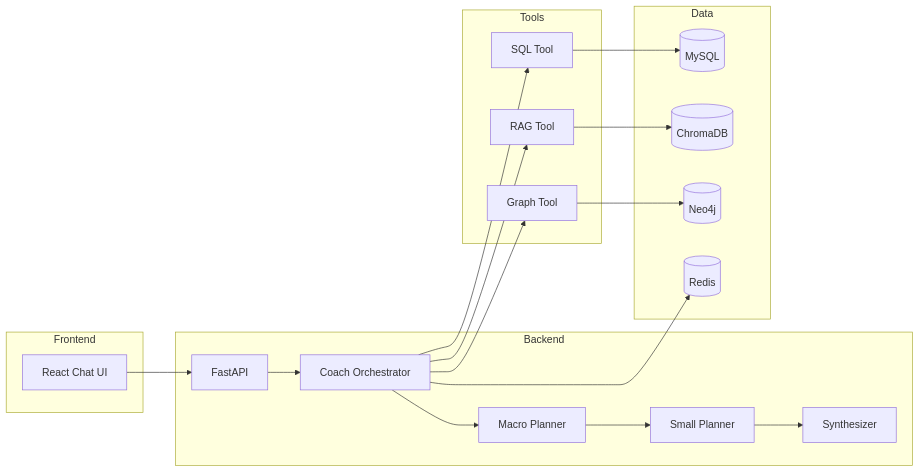
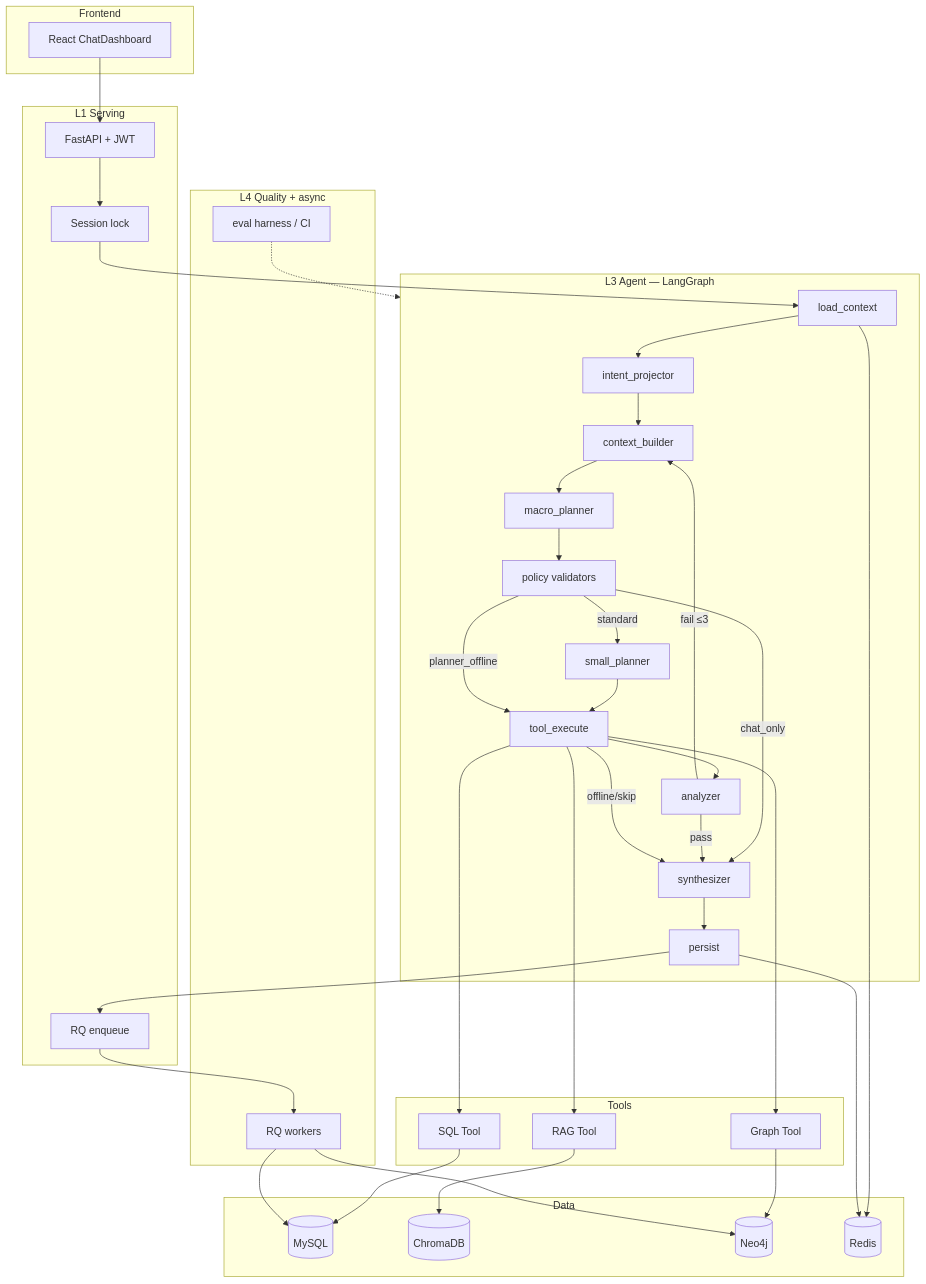
One commit to zhe0328/coach-agent changed the diagram in README.md. Above: the diagram before and after it, drawn with Mermaid. The commit also changed other lines of this file and 8 other files, not shown here.

First line of the commit message:
Feature/serving harness (#12)

````diff
--- a/README.md
+++ b/README.md
@@ -33,35 +48,64 @@
 ```mermaid
-flowchart LR
+flowchart TB
     subgraph Frontend
-        UI[React Chat UI]
+        UI[React ChatDashboard]
     end
 
-    subgraph Backend
-        API[FastAPI]
-        ORCH[Coach Orchestrator]
-        MP[Macro Planner]
-        SP[Small Planner]
-        SYN[Synthesizer]
-        ORCH --> MP --> SP
-        SP --> SYN
+    subgraph L1["L1 Serving"]
+        API[FastAPI + JWT]
+        LOCK[Session lock]
+        RQ[RQ enqueue]
+    end
+
+    subgraph L3["L3 Agent — LangGraph"]
+        LC[load_context]
+        IP[intent_projector]
+        CB[context_builder]
+        MP[macro_planner]
+        PV[policy validators]
+        SP[small_planner]
+        TE[tool_execute]
+        AN[analyzer]
+        SY[synthesizer]
+        PE[persist]
+
+        LC --> IP --> CB --> MP --> PV
+        PV -->|chat_only| SY
+        PV -->|standard| SP --> TE
+        PV -->|planner_offline| TE
+        TE --> AN
+        AN -->|pass| SY
+        AN -->|fail ≤3| CB
+        TE -->|offline/skip| SY
+        SY --> PE
     end
 
     subgraph Tools
         SQL[SQL Tool]
         RAG[RAG Tool]
         GRAPH[Graph Tool]
     end
 
     subgraph Data
         MYSQL[(MySQL)]
         CHROMA[(ChromaDB)]
         NEO4J[(Neo4j)]
         REDIS[(Redis)]
     end
 
-    UI --> API --> ORCH
-    ORCH --> SQL --> MYSQL
-    ORCH --> RAG --> CHROMA
-    ORCH --> GRAPH --> NEO4J
-    ORCH --> REDIS
+    subgraph L4["L4 Quality + async"]
+        EVAL[eval harness / CI]
+        WORKER[RQ workers]
+    end
+
+    UI --> API --> LOCK --> LC
+    TE --> SQL --> MYSQL
+    TE --> RAG --> CHROMA
+    TE --> GRAPH --> NEO4J
+    LC --> REDIS
+    PE --> REDIS
+    PE --> RQ --> WORKER
+    WORKER --> MYSQL
+    WORKER --> NEO4J
+    EVAL -.-> L3
 ```
````
